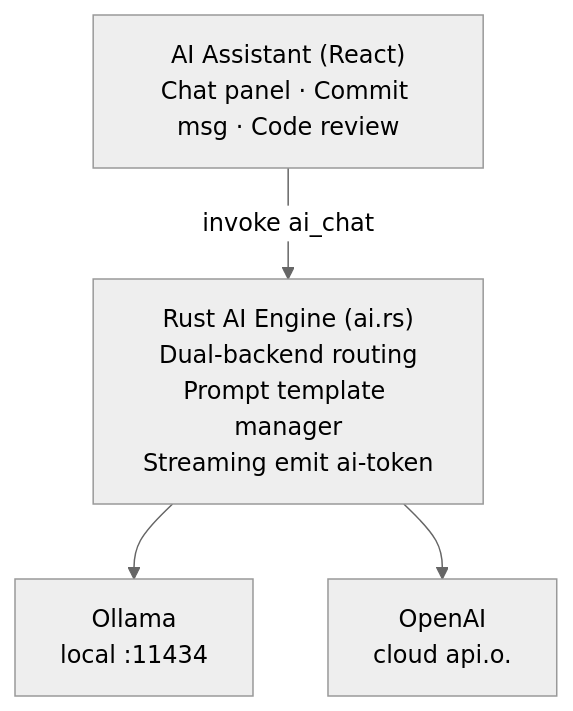
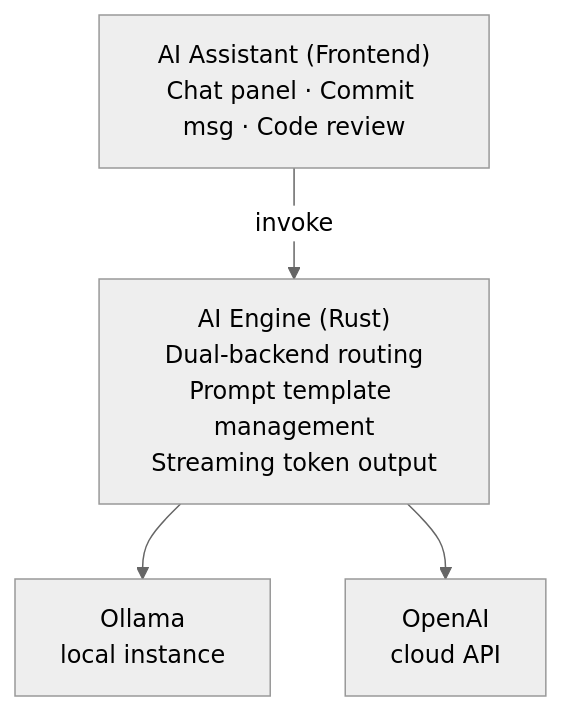
The diagram in docs/ai-integration.md (kechengzhang28/GitBanshee), drawn with Mermaid (neutral theme) before and after one commit. The commit also changed other lines of this file and 8 other files, not shown here.

First line of the commit message:
docs: add all project architecture and workflow documentation

````diff
--- a/docs/ai-integration.md
+++ b/docs/ai-integration.md
@@ -5,8 +5,8 @@
 ```mermaid
 flowchart TD
-    A["AI Assistant (React)<br/>Chat panel · Commit msg · Code review"]
-    A -->|invoke ai_chat| B
-    B["Rust AI Engine (ai.rs)<br/>Dual-backend routing<br/>Prompt template manager<br/>Streaming emit ai-token"]
-    B --> C[Ollama<br/>local :11434]
-    B --> D[OpenAI<br/>cloud api.o.]
+    A["AI Assistant (Frontend)<br/>Chat panel · Commit msg · Code review"]
+    A -->|invoke| B
+    B["AI Engine (Rust)<br/>Dual-backend routing<br/>Prompt template management<br/>Streaming token output"]
+    B --> C[Ollama<br/>local instance]
+    B --> D[OpenAI<br/>cloud API]
 ```
````
